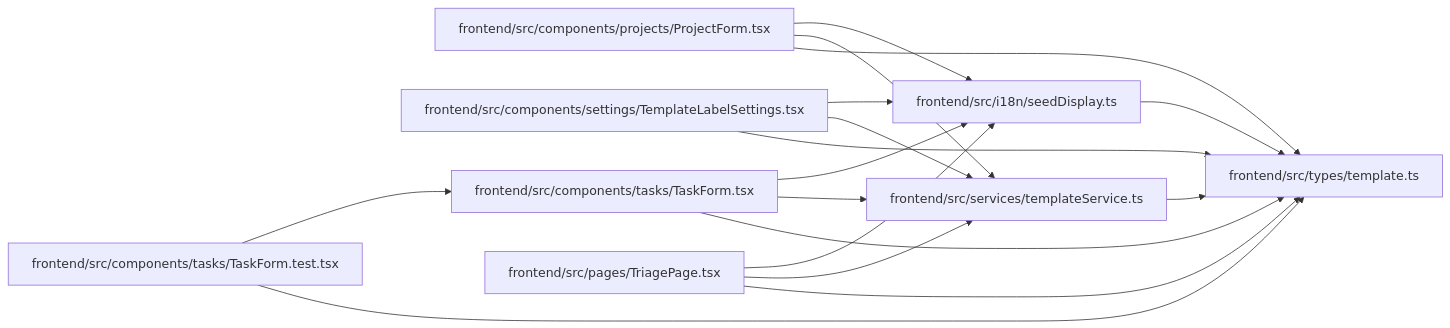
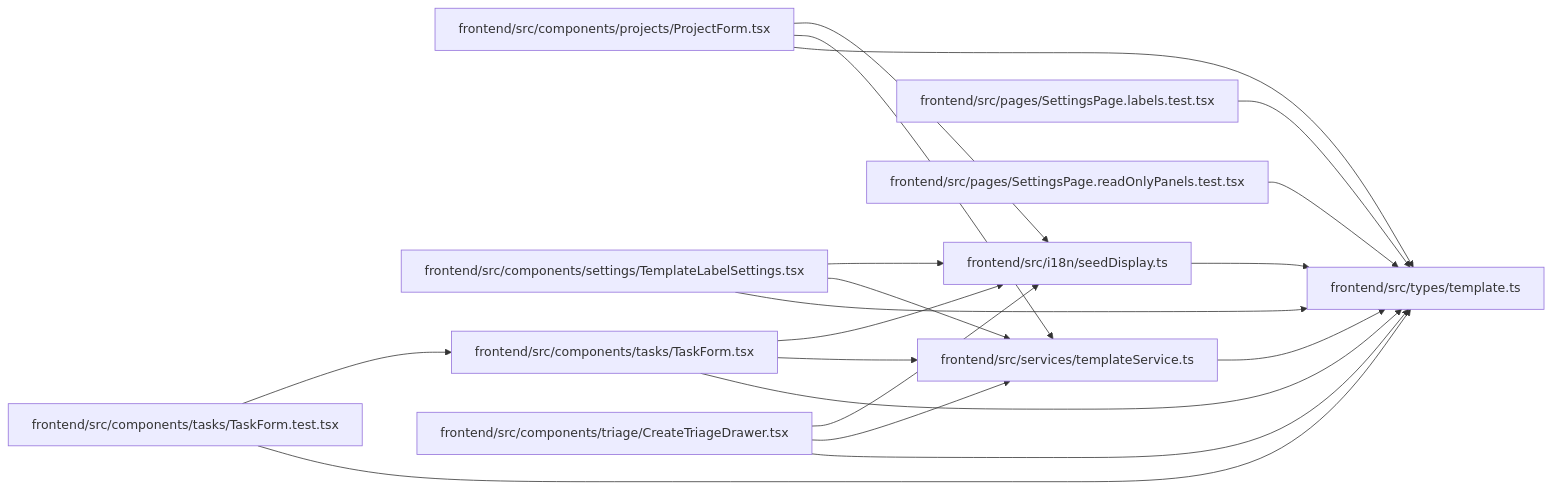
The diagram in docs/llm_wiki/modules/types_template.md (Denissvgn/WorkChord), drawn with Mermaid before and after one commit. The commit also changed other lines of this file and 2373 other files, not shown here.

````diff
--- a/docs/llm_wiki/modules/types_template.md
+++ b/docs/llm_wiki/modules/types_template.md
@@ -20,35 +20,41 @@
 ```mermaid
 flowchart LR
     n0["frontend/src/components/projects/ProjectForm.tsx"]
     n1["frontend/src/components/settings/TemplateLabelSettings.tsx"]
     n2["frontend/src/components/tasks/TaskForm.test.tsx"]
     n3["frontend/src/components/tasks/TaskForm.tsx"]
-    n4["frontend/src/i18n/seedDisplay.ts"]
-    n5["frontend/src/pages/TriagePage.tsx"]
-    n6["frontend/src/services/templateService.ts"]
-    n7["frontend/src/types/template.ts"]
-    n0 --> n4
-    n0 --> n6
-    n0 --> n7
-    n1 --> n4
-    n1 --> n6
-    n1 --> n7
+    n4["frontend/src/components/triage/CreateTriageDrawer.tsx"]
+    n5["frontend/src/i18n/seedDisplay.ts"]
+    n6["frontend/src/pages/SettingsPage.labels.test.tsx"]
+    n7["frontend/src/pages/SettingsPage.readOnlyPanels.test.tsx"]
+    n8["frontend/src/services/templateService.ts"]
+    n9["frontend/src/types/template.ts"]
+    n0 --> n5
+    n0 --> n8
+    n0 --> n9
+    n1 --> n5
+    n1 --> n8
+    n1 --> n9
     n2 --> n3
-    n2 --> n7
-    n3 --> n4
-    n3 --> n6
-    n3 --> n7
-    n4 --> n7
-    n5 --> n4
-    n5 --> n6
-    n5 --> n7
-    n6 --> n7
+    n2 --> n9
+    n3 --> n5
+    n3 --> n8
+    n3 --> n9
+    n4 --> n5
+    n4 --> n8
+    n4 --> n9
+    n5 --> n9
+    n6 --> n9
+    n7 --> n9
+    n8 --> n9
     click n0 "../modules/ProjectForm.md"
     click n1 "../modules/TemplateLabelSettings.md"
     click n2 "../modules/TaskForm.test.md"
     click n3 "../modules/TaskForm.md"
-    click n4 "../modules/seedDisplay.md"
-    click n5 "../modules/TriagePage.md"
-    click n6 "../modules/templateService.md"
-    click n7 "../modules/types_template.md"
+    click n4 "../modules/CreateTriageDrawer.md"
+    click n5 "../modules/seedDisplay.md"
+    click n6 "../modules/SettingsPage.labels.test.md"
+    click n7 "../modules/SettingsPage.readOnlyPanels.test.md"
+    click n8 "../modules/templateService.md"
+    click n9 "../modules/types_template.md"
 ```
````
